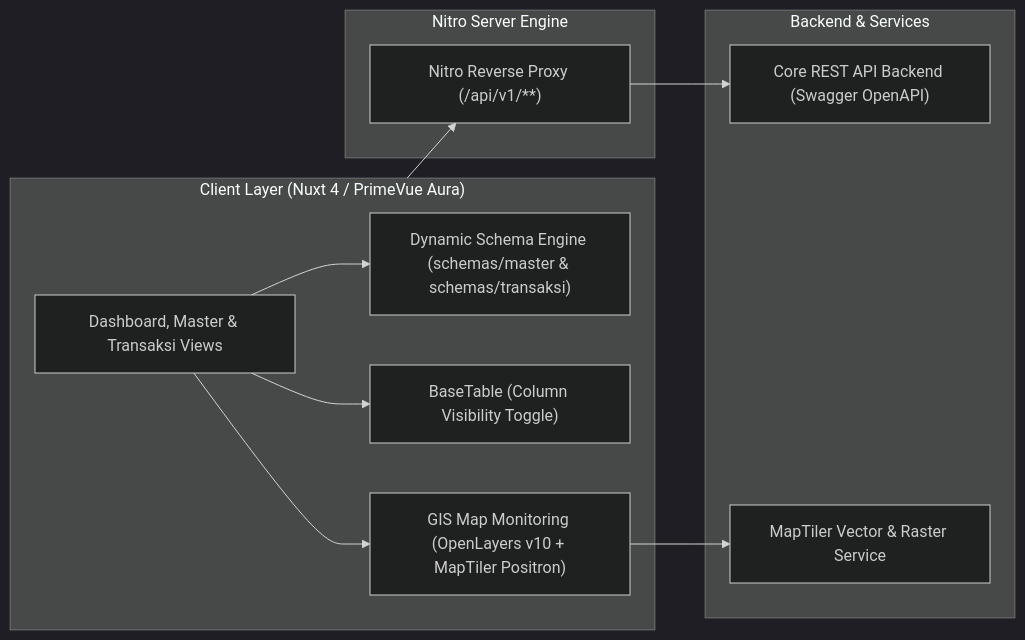
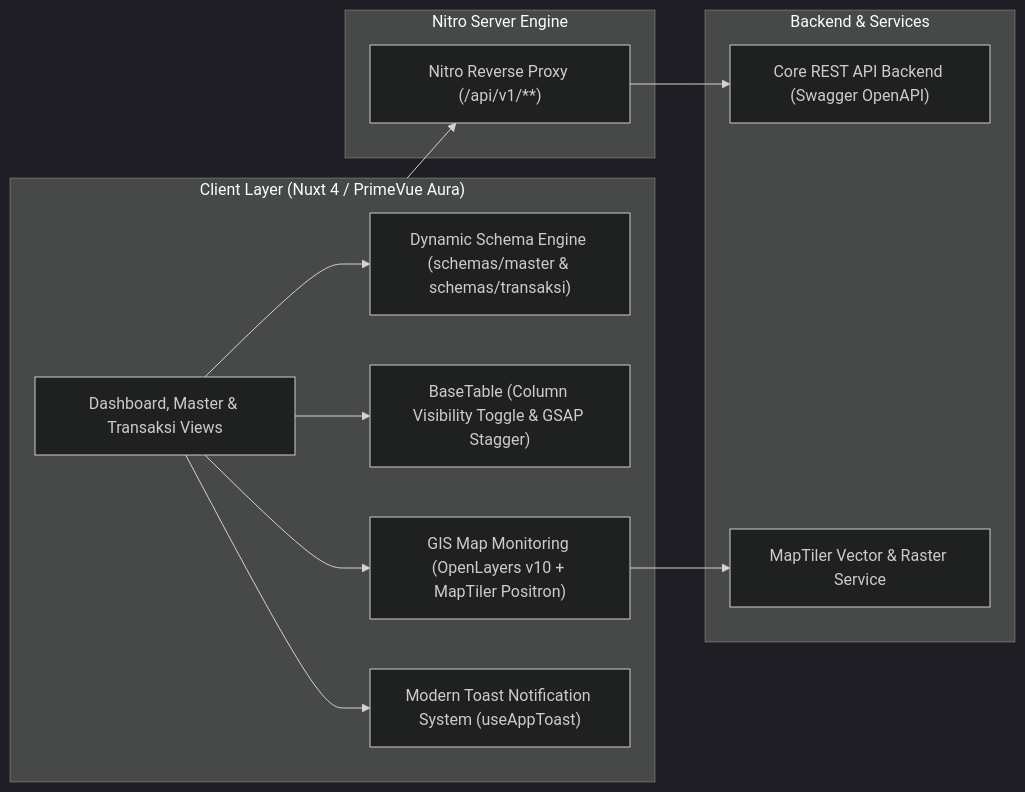
One commit to fernandoparhusip/tambora changed the diagram in README.md. Above: the diagram before and after it, drawn with Mermaid (dark theme). The commit also changed other lines of this file and 69 other files, not shown here.

````diff
--- a/README.md
+++ b/README.md
@@ -27,21 +27,22 @@
 ```mermaid
 graph LR
     subgraph CLIENT["Client Layer (Nuxt 4 / PrimeVue Aura)"]
         UI["Dashboard, Master & Transaksi Views"] --> FORM["Dynamic Schema Engine (schemas/master & schemas/transaksi)"]
-        UI --> TABLE["BaseTable (Column Visibility Toggle)"]
+        UI --> TABLE["BaseTable (Column Visibility Toggle & GSAP Stagger)"]
         UI --> GIS["GIS Map Monitoring (OpenLayers v10 + MapTiler Positron)"]
+        UI --> TOAST["Modern Toast Notification System (useAppToast)"]
     end
 
     subgraph PROXY["Nitro Server Engine"]
         ROUTER["Nitro Reverse Proxy (/api/v1/**)"]
     end
 
     subgraph BACKEND["Backend & Services"]
         API["Core REST API Backend (Swagger OpenAPI)"]
         GIS_SERVER["MapTiler Vector & Raster Service"]
     end
 
     CLIENT --> ROUTER
     ROUTER --> API
     GIS --> GIS_SERVER
 ```
````
